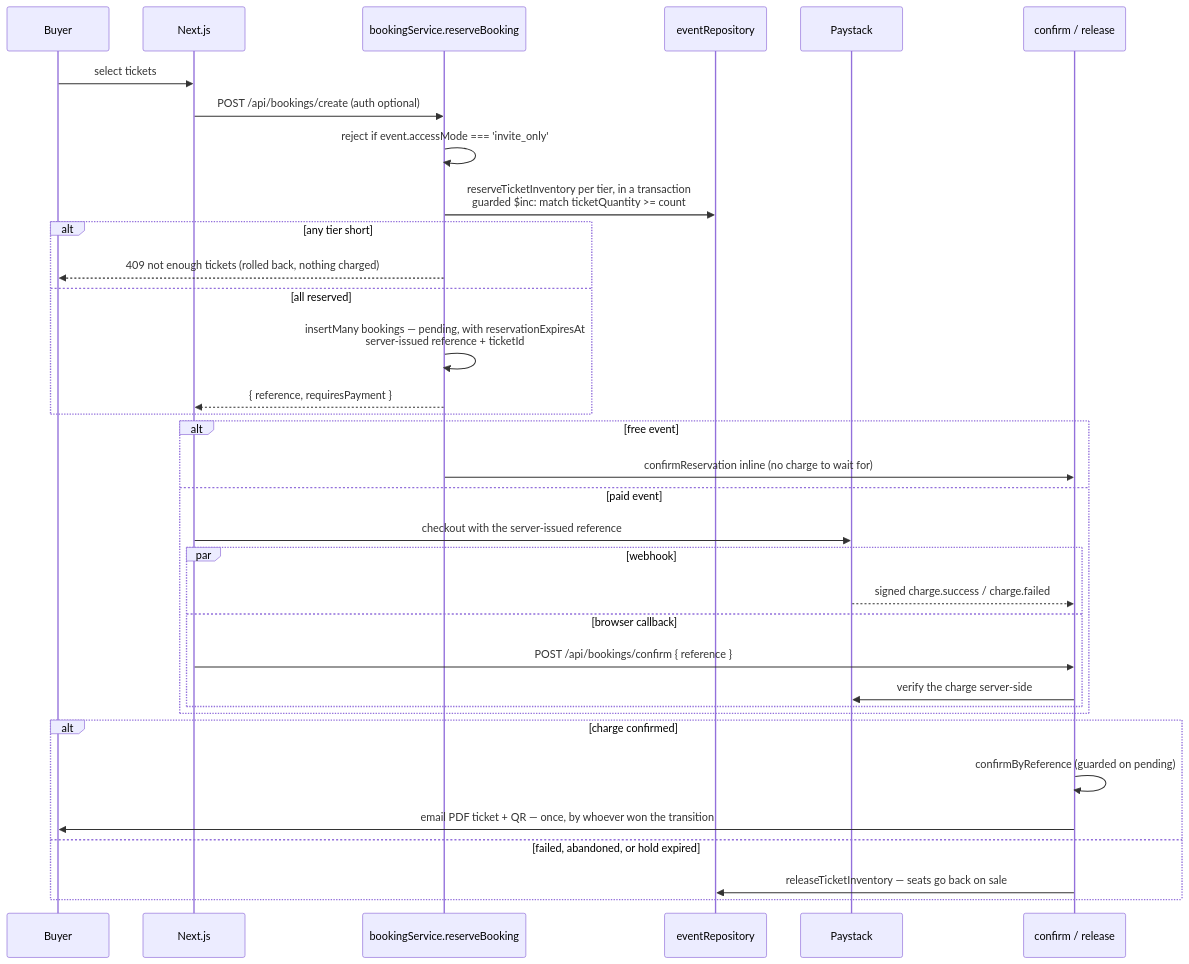
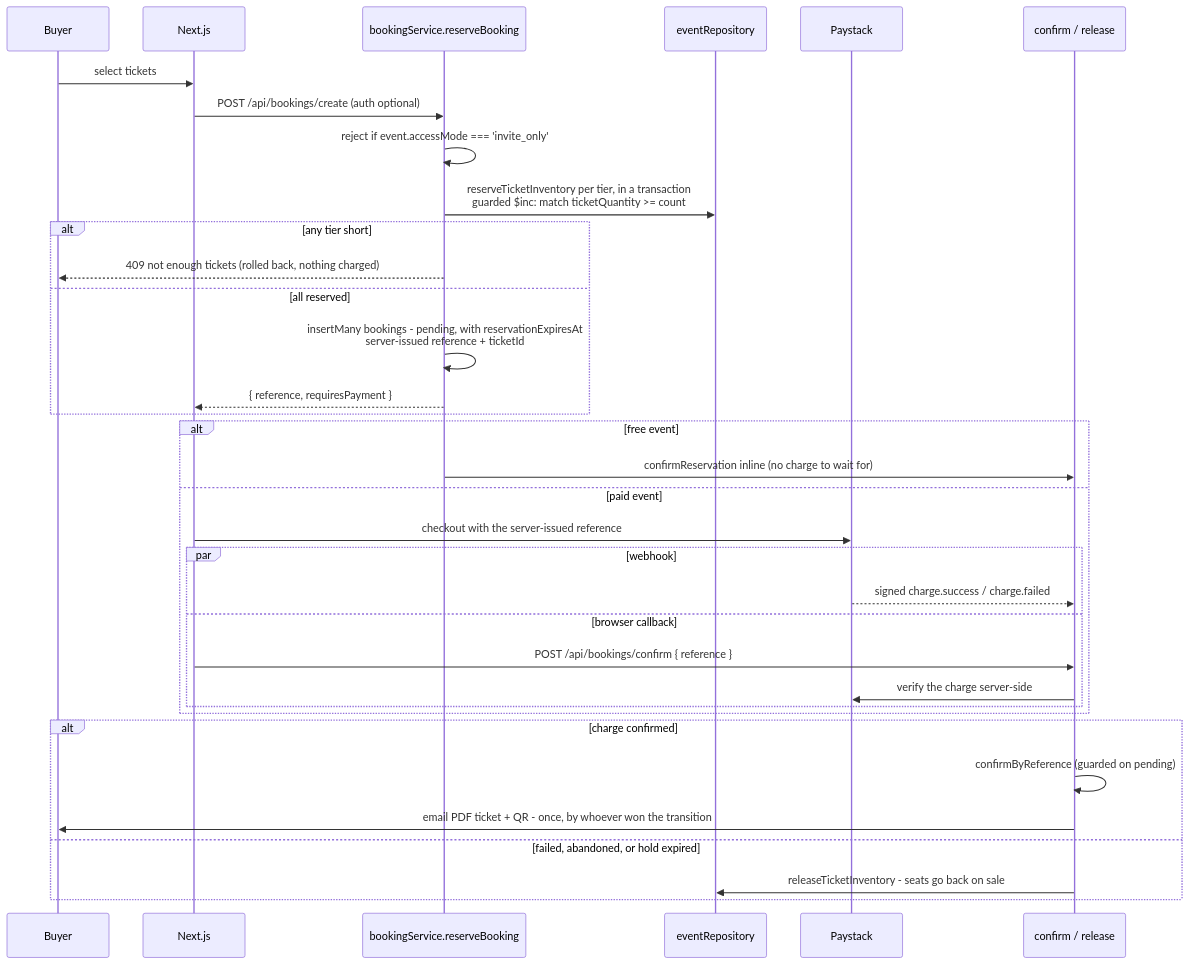
Before and after one commit to dLuxKid/ticketflow: the fifth of 6 diagrams in docs/architecture-diagram.md, drawn with Mermaid. The commit also changed other lines of this file and 191 other files, not shown here.

````diff
--- a/docs/architecture-diagram.md
+++ b/docs/architecture-diagram.md
@@ -210,39 +210,39 @@
 ```mermaid
 sequenceDiagram
     participant B as Buyer
     participant FE as Next.js
     participant BS as bookingService.reserveBooking
     participant ER as eventRepository
     participant PS as Paystack
     participant CF as confirm / release
 
     B->>FE: select tickets
     FE->>BS: POST /api/bookings/create (auth optional)
     BS->>BS: reject if event.accessMode === 'invite_only'
     BS->>ER: reserveTicketInventory per tier, in a transaction<br/>guarded $inc: match ticketQuantity >= count
     alt any tier short
         BS-->>B: 409 not enough tickets (rolled back, nothing charged)
     else all reserved
-        BS->>BS: insertMany bookings — pending, with reservationExpiresAt<br/>server-issued reference + ticketId
+        BS->>BS: insertMany bookings - pending, with reservationExpiresAt<br/>server-issued reference + ticketId
         BS-->>FE: { reference, requiresPayment }
     end
 
     alt free event
         BS->>CF: confirmReservation inline (no charge to wait for)
     else paid event
         FE->>PS: checkout with the server-issued reference
         par webhook
             PS-->>CF: signed charge.success / charge.failed
         and browser callback
             FE->>CF: POST /api/bookings/confirm { reference }
             CF->>PS: verify the charge server-side
         end
     end
 
     alt charge confirmed
         CF->>CF: confirmByReference (guarded on pending)
-        CF->>B: email PDF ticket + QR — once, by whoever won the transition
+        CF->>B: email PDF ticket + QR - once, by whoever won the transition
     else failed, abandoned, or hold expired
-        CF->>ER: releaseTicketInventory — seats go back on sale
+        CF->>ER: releaseTicketInventory - seats go back on sale
     end
 ```
````
